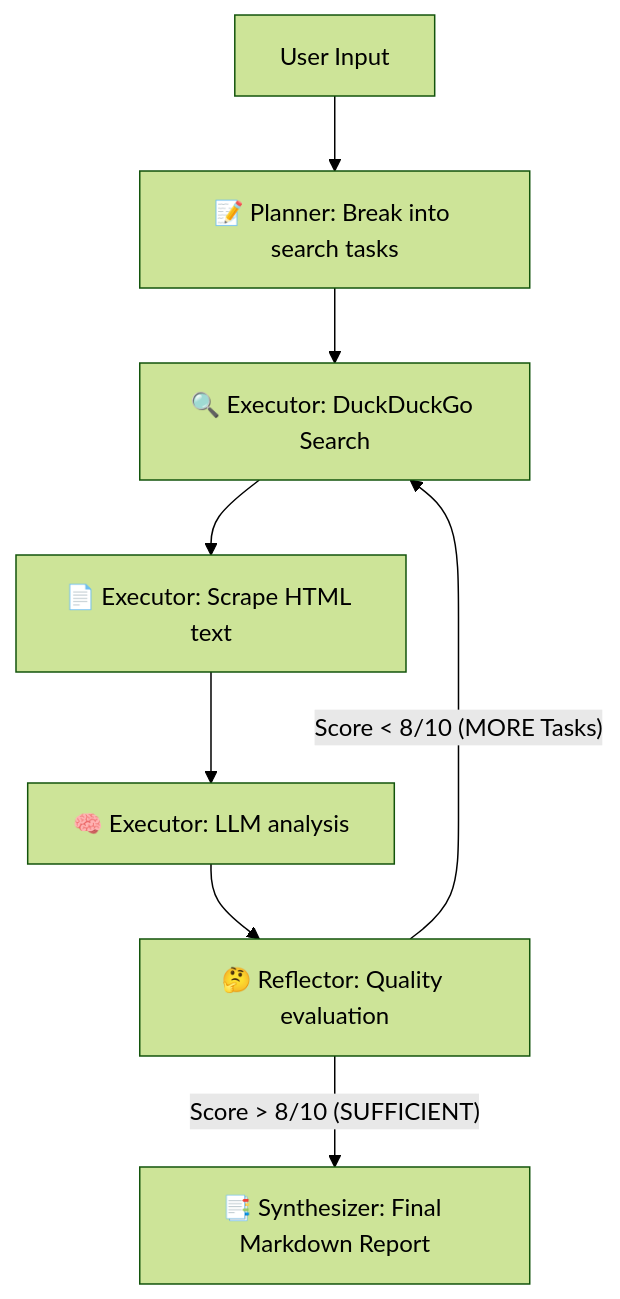
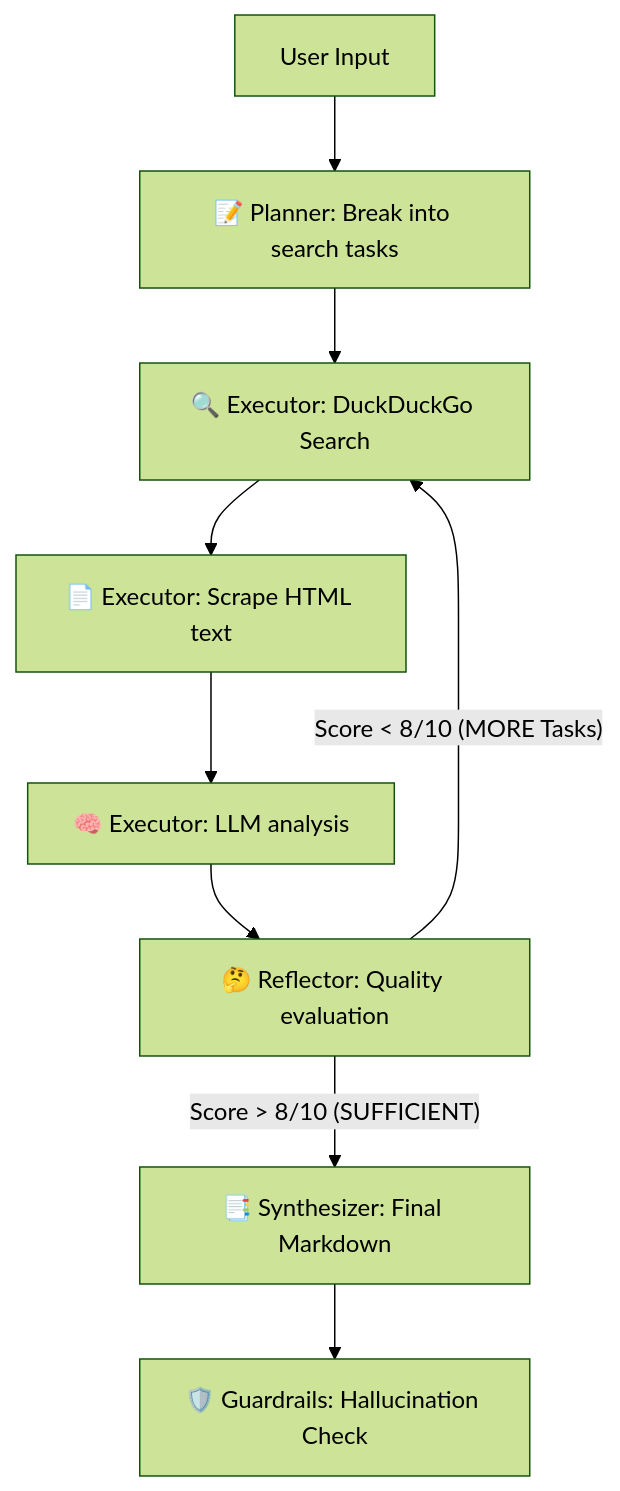
Before and after one commit to shanmukhkoya/A.U.R.A: the diagram in README.md, drawn with Mermaid (forest theme). The commit also changed other lines of this file and 5 other files, not shown here.

````diff
--- a/README.md
+++ b/README.md
@@ -101,12 +102,13 @@
 ```mermaid
 graph TD;
     USER[User Input] --> PLAN[📝 Planner: Break into search tasks];
     PLAN --> EXEC_SEARCH[🔍 Executor: DuckDuckGo Search];
     EXEC_SEARCH --> EXEC_SCRAPE[📄 Executor: Scrape HTML text];
     EXEC_SCRAPE --> EXEC_ANALYZE[🧠 Executor: LLM analysis];
     
     EXEC_ANALYZE --> REFLECT[🤔 Reflector: Quality evaluation];
     
     REFLECT -- "Score < 8/10 (MORE Tasks)" --> EXEC_SEARCH;
-    REFLECT -- "Score > 8/10 (SUFFICIENT)" --> REPORT[📑 Synthesizer: Final Markdown Report];
+    REFLECT -- "Score > 8/10 (SUFFICIENT)" --> REPORT[📑 Synthesizer: Final Markdown];
+    REPORT --> GUARD[🛡️ Guardrails: Hallucination Check];
 ```
````
